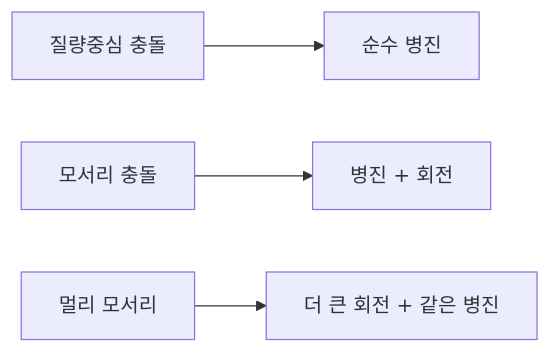
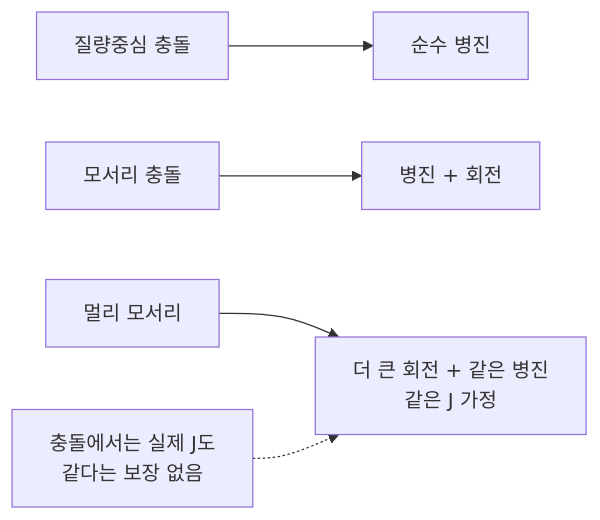
One commit to Rein-ArXiv/game-dev-curriculum changed the second of 2 diagrams in physics/part04_rotational_dynamics.md. Above: the diagram before and after it, drawn with Mermaid. The commit also changed other lines of this file and 279 other files, not shown here.

````diff
--- a/physics/part04_rotational_dynamics.md
+++ b/physics/part04_rotational_dynamics.md
@@ -609,6 +624,7 @@
 ```mermaid
 flowchart LR
     Center[질량중심 충돌] --> Trans[순수 병진]
     Edge[모서리 충돌] --> Both[병진 + 회전]
-    FarEdge[멀리 모서리] --> Spin[더 큰 회전 + 같은 병진]
+    FarEdge[멀리 모서리] --> Spin[더 큰 회전 + 같은 병진<br/>같은 J 가정]
+    ActualJ[충돌에서는 실제 J도<br/>같다는 보장 없음] -.-> Spin
 ```
````
